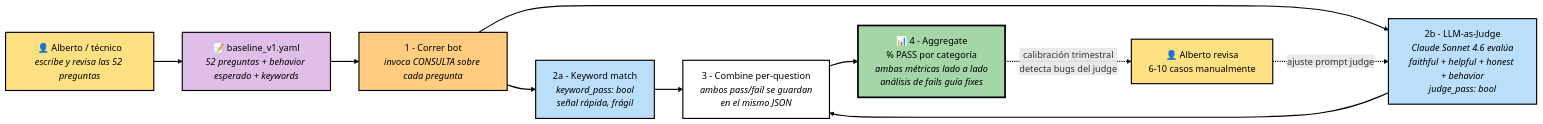
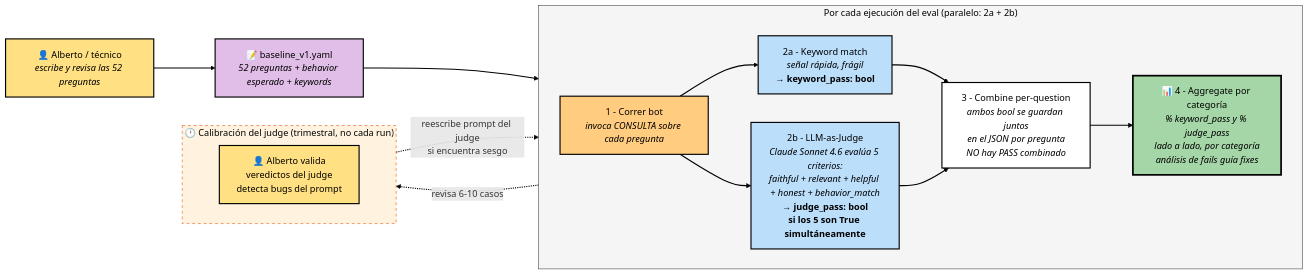
The seventh of 8 diagrams in docs/ARCHITECTURE.md (albertofontiber/technical_bot), drawn with Mermaid before and after one commit.

Commit message:
ARCHITECTURE.md §4.4: subgraph per-run vs periodic calibration
Alberto's feedback on the visual flow raised two ambiguities:
1. Score2 (Judge) rendered at far right with the dashed feedback arrow
   coming in, making it look like it ran AFTER "Alberto revisa" instead
   of in parallel with Score1 during every eval run.
2. The per-question PASS/FAIL decision point was not visually explicit
   (it lives inside each Score box — no combined PASS exists).

Fix:
- Wrap Runner → Score1/Score2 → Combine → Aggregate in a subgraph
  labeled "Por cada ejecución del eval (paralelo: 2a + 2b)".
- Wrap the dashed calibration loop in a separate subgraph labeled
  "Calibración del judge (trimestral, no cada run)" with a dashed
  border to emphasise it's a periodic maintenance loop, not a per-run
  step.
- Make the bool outputs visible inside each Score node
  (→ keyword_pass: bool / → judge_pass: bool if 5/5 True).
- Rewrite Combine node copy to explicitly say "NO hay PASS combinado"
  since keyword and judge are reported separately per question.

````diff
--- a/docs/ARCHITECTURE.md
+++ b/docs/ARCHITECTURE.md
@@ -430,23 +430,33 @@
 ```mermaid
 flowchart LR
     Human[👤 Alberto / técnico<br><i>escribe y revisa las 52 preguntas</i>] --> YAML
     YAML[📝 baseline_v1.yaml<br><i>52 preguntas + behavior esperado + keywords</i>] --> Runner[1 - Correr bot<br><i>invoca CONSULTA sobre cada pregunta</i>]
-    Runner --> Score1[2a - Keyword match<br><i>keyword_pass: bool<br>señal rápida, frágil</i>]
-    Runner --> Score2[2b - LLM-as-Judge<br><i>Claude Sonnet 4.6 evalúa<br>faithful + helpful + honest + behavior<br>judge_pass: bool</i>]
-    Score1 --> Combine[3 - Combine per-question<br><i>ambos pass/fail se guardan<br>en el mismo JSON</i>]
-    Score2 --> Combine
-    Combine --> Report[📊 4 - Aggregate<br>% PASS por categoría<br><i>ambas métricas lado a lado<br>análisis de fails guía fixes</i>]
-    Report -.->|calibración trimestral<br>detecta bugs del judge| HumanReview[👤 Alberto revisa<br>6-10 casos manualmente]
-    HumanReview -.->|ajuste prompt judge| Score2
+
+    subgraph PerRun ["Por cada ejecución del eval (paralelo: 2a + 2b)"]
+        direction LR
+        Runner --> Score1[2a - Keyword match<br><i>señal rápida, frágil</i><br><b>→ keyword_pass: bool</b>]
+        Runner --> Score2[2b - LLM-as-Judge<br><i>Claude Sonnet 4.6 evalúa 5 criterios:<br>faithful + relevant + helpful + honest + behavior_match</i><br><b>→ judge_pass: bool<br>si los 5 son True simultáneamente</b>]
+        Score1 --> Combine[3 - Combine per-question<br><i>ambos bool se guardan juntos<br>en el JSON por pregunta<br>NO hay PASS combinado</i>]
+        Score2 --> Combine
+        Combine --> Report[📊 4 - Aggregate por categoría<br><i>% keyword_pass y % judge_pass<br>lado a lado, por categoría<br>análisis de fails guía fixes</i>]
+    end
+
+    subgraph Periodic ["🕐 Calibración del judge (trimestral, no cada run)"]
+        direction LR
+        Report -.->|revisa 6-10 casos| HumanReview[👤 Alberto valida<br>veredictos del judge<br>detecta bugs del prompt]
+        HumanReview -.->|reescribe prompt del judge<br>si encuentra sesgo| Score2
+    end
 
     style Human fill:#ffe082,stroke:#000000,color:#000000,stroke-width:2px
     style YAML fill:#e1bee7,stroke:#000000,color:#000000,stroke-width:2px
     style Runner fill:#ffcc80,stroke:#000000,color:#000000,stroke-width:2px
     style Score1 fill:#bbdefb,stroke:#000000,color:#000000,stroke-width:2px
     style Score2 fill:#bbdefb,stroke:#000000,color:#000000,stroke-width:2px
     style Combine fill:#ffffff,stroke:#000000,color:#000000,stroke-width:2px
     style Report fill:#a5d6a7,stroke:#000000,color:#000000,stroke-width:3px
     style HumanReview fill:#ffe082,stroke:#000000,color:#000000,stroke-width:2px
+    style PerRun fill:#f5f5f5,stroke:#424242,color:#000000,stroke-width:1px
+    style Periodic fill:#fff3e0,stroke:#e65100,color:#000000,stroke-width:1px,stroke-dasharray: 5 5
 
     linkStyle default stroke:#000000,stroke-width:2px
 ```
````
